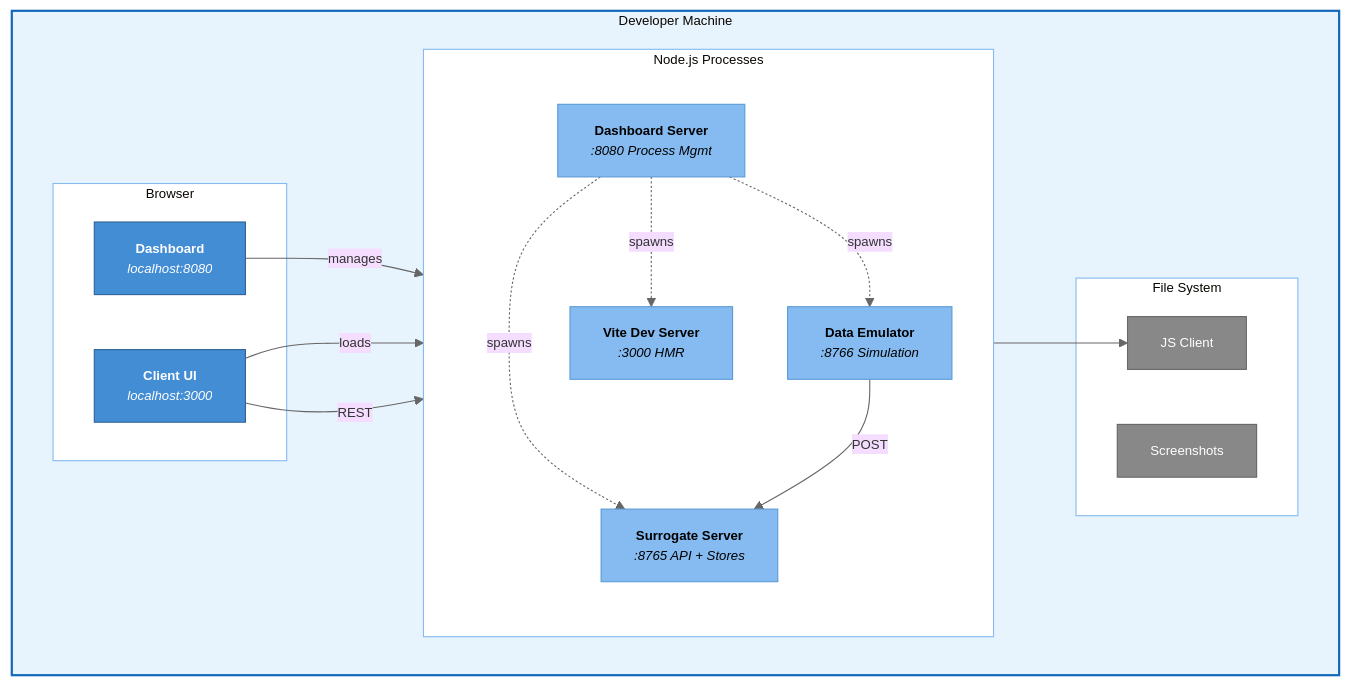
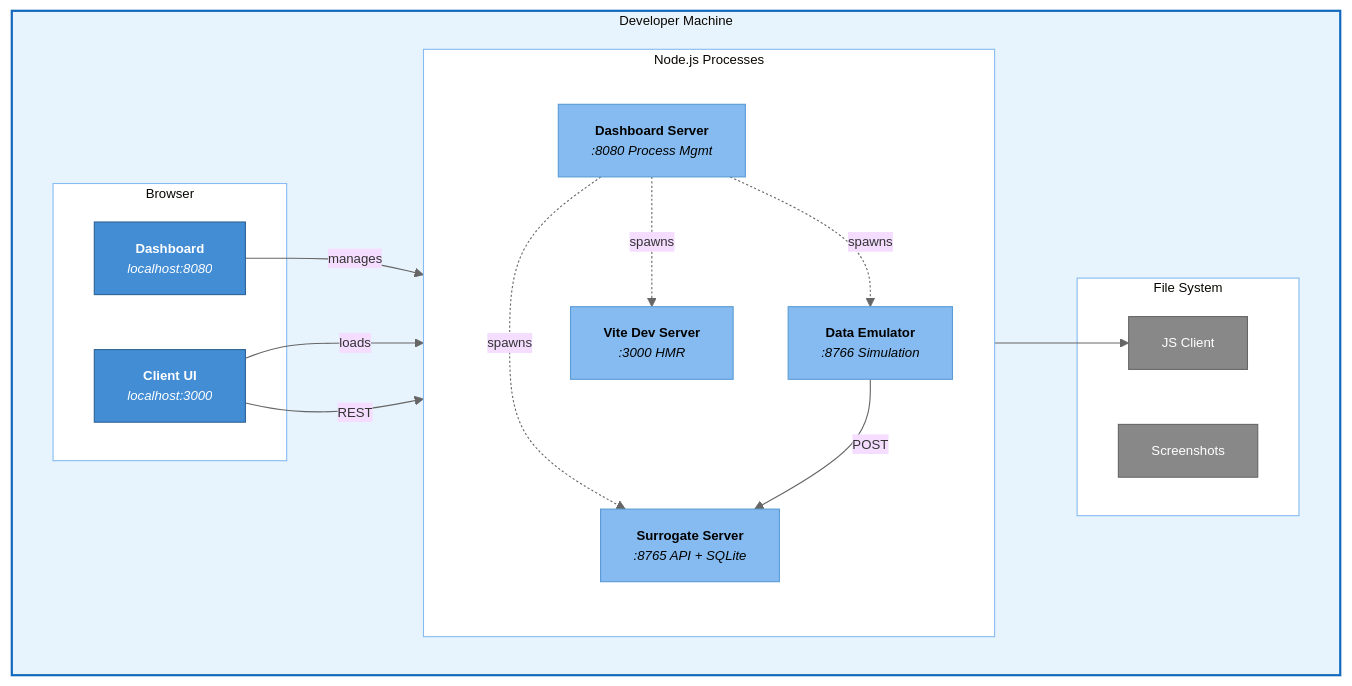
Before and after one commit to ericpauls/disco_workspace: the sixth of 6 diagrams in docs/c4-architecture-diagram.md, drawn with Mermaid. The commit also changed other lines of this file and 3 other files, not shown here.

````diff
--- a/docs/c4-architecture-diagram.md
+++ b/docs/c4-architecture-diagram.md
@@ -251,46 +251,46 @@
 ```mermaid
 %%{init: {'theme': 'base', 'themeVariables': { 'lineColor': '#666', 'fontSize': '12px'}}}%%
 flowchart TB
     subgraph machine["Developer Machine"]
         direction LR
 
         subgraph browser["Browser"]
             dash_ui["<b>Dashboard</b><br/><i>localhost:8080</i>"]
             client_ui["<b>Client UI</b><br/><i>localhost:3000</i>"]
         end
 
         subgraph node["Node.js Processes"]
             direction TB
             dash_srv["<b>Dashboard Server</b><br/><i>:8080 Process Mgmt</i>"]
-            express["<b>Surrogate Server</b><br/><i>:8765 API + Stores</i>"]
+            express["<b>Surrogate Server</b><br/><i>:8765 API + SQLite</i>"]
             emu_srv["<b>Data Emulator</b><br/><i>:8766 Simulation</i>"]
             vite["<b>Vite Dev Server</b><br/><i>:3000 HMR</i>"]
         end
 
         subgraph files["File System"]
             js_client["JS Client"]
             screenshots["Screenshots"]
         end
     end
 
     dash_ui -->|manages| dash_srv
     client_ui -->|loads| vite
     client_ui -->|REST| express
     vite --> js_client
     dash_srv -.->|spawns| express
     dash_srv -.->|spawns| emu_srv
     dash_srv -.->|spawns| vite
     emu_srv -->|POST| express
 
     classDef runtime fill:#85BBF0,stroke:#5A9BD5,color:#000
     classDef browser fill:#438DD5,stroke:#2E6295,color:#fff
     classDef file fill:#888,stroke:#666,color:#fff
     classDef machine fill:#E8F4FD,stroke:#1168BD,stroke-width:2px
     classDef inner fill:#fff,stroke:#85BBF0,stroke-width:1px
 
     class dash_ui,client_ui browser
     class dash_srv,express,emu_srv,vite runtime
     class js_client,screenshots file
     class machine machine
     class browser,node,files inner
 ```
````
